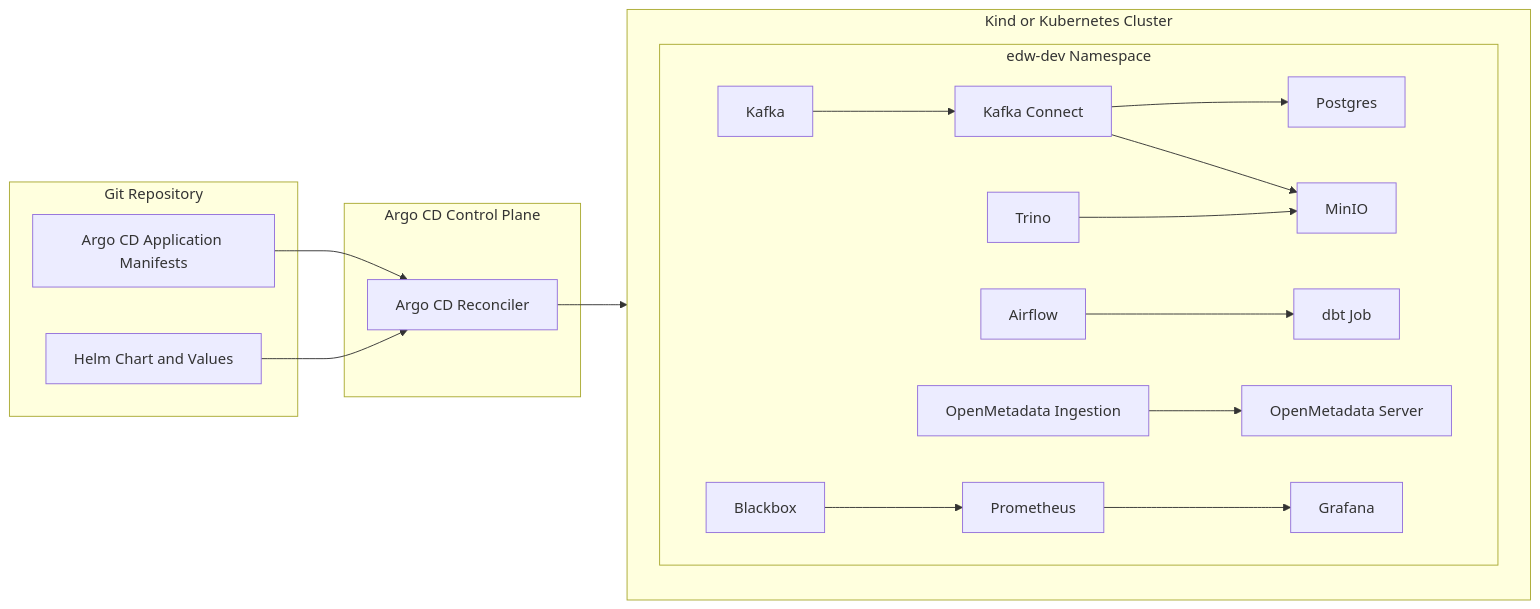
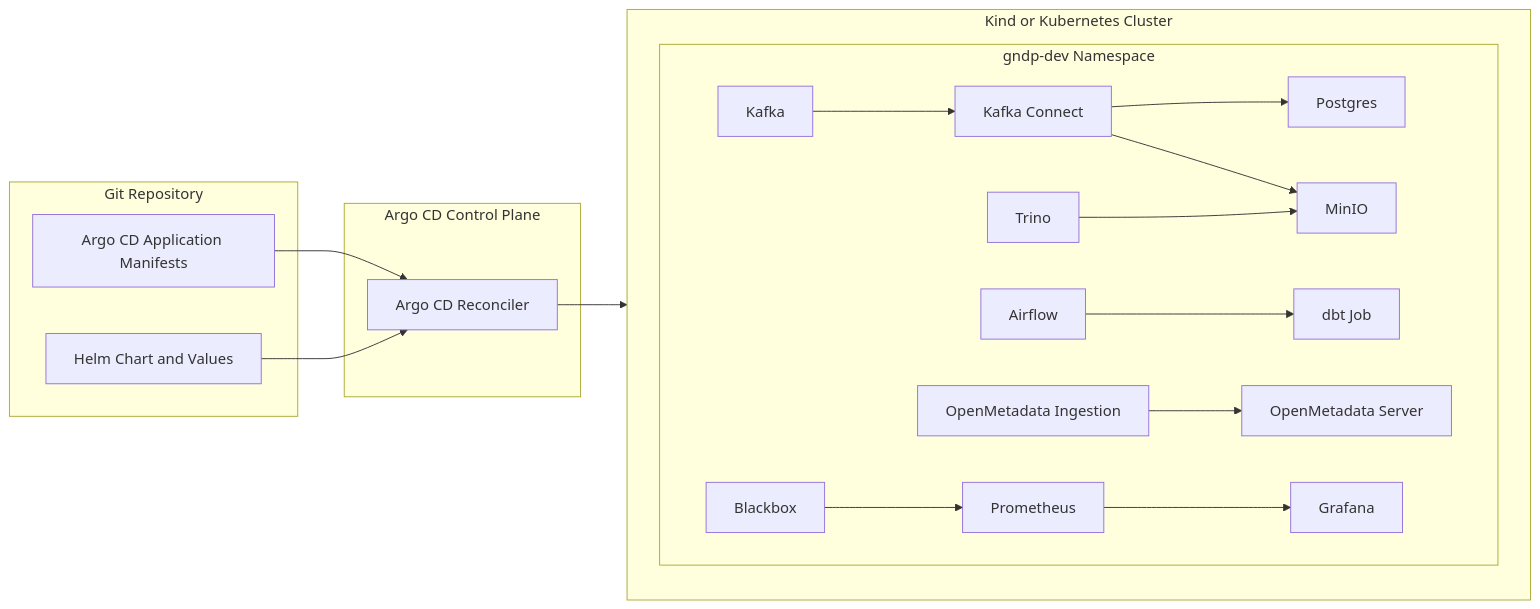
One commit to paulchen8206/Full-Stack-Modern-Data-Architecture-and-Engineering changed the seventh of 9 diagrams in docs/architecture.md. Above: the diagram before and after it, drawn with Mermaid. The commit also changed other lines of this file and 15 other files, not shown here.

````diff
--- a/docs/architecture.md
+++ b/docs/architecture.md
@@ -713,40 +713,40 @@
 ```mermaid
 flowchart LR
   subgraph Git[Git Repository]
     CH[Helm Chart and Values]
     APP[Argo CD Application Manifests]
   end
 
   subgraph Argo[Argo CD Control Plane]
     ARGO[Argo CD Reconciler]
   end
 
   subgraph K8S[Kind or Kubernetes Cluster]
-    subgraph NS[edw-dev Namespace]
+    subgraph NS[gndp-dev Namespace]
       KAFKA[Kafka]
       CONNECT[Kafka Connect]
       TRINO[Trino]
       POSTGRES[Postgres]
       MINIO[MinIO]
       AIRFLOW[Airflow]
       DBT[dbt Job]
       OPM[OpenMetadata Server]
       OMI[OpenMetadata Ingestion]
       PROM[Prometheus]
       GRAF[Grafana]
       BBX[Blackbox]
     end
   end
 
   APP --> ARGO
   CH --> ARGO
   ARGO --> K8S
   KAFKA --> CONNECT
   CONNECT --> POSTGRES
   CONNECT --> MINIO
   TRINO --> MINIO
   AIRFLOW --> DBT
   OMI --> OPM
   PROM --> GRAF
   BBX --> PROM
 ```
````
